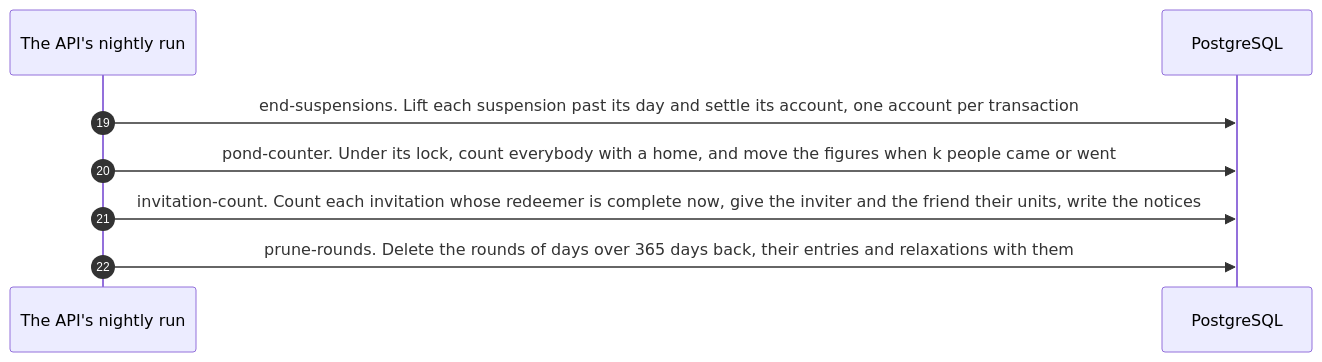
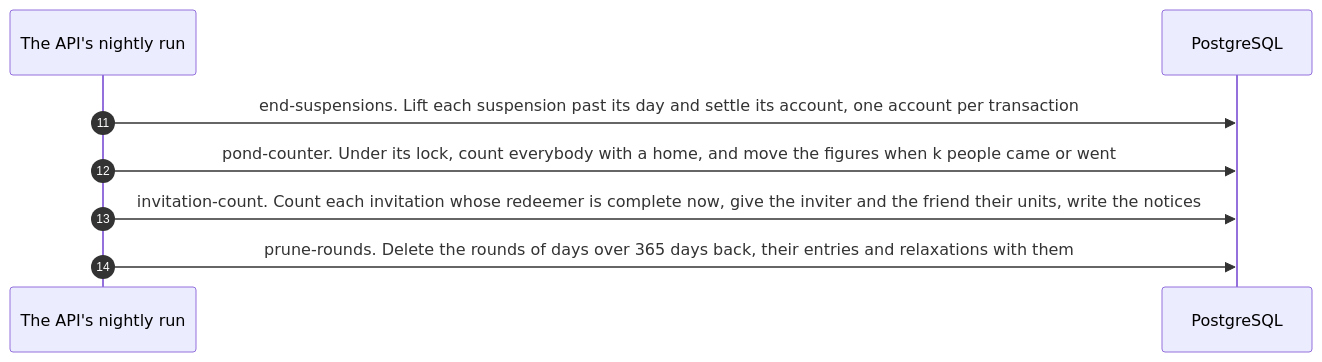
One commit to kuutti-ry/kumpa-app changed the third of 4 diagrams in docs/architecture/sequence-night.md. Above: the diagram before and after it, drawn with Mermaid. The commit also changed other lines of this file and 280 other files, not shown here.

````diff
--- a/docs/architecture/sequence-night.md
+++ b/docs/architecture/sequence-night.md
@@ -113,12 +89,12 @@
 ```mermaid
 sequenceDiagram
   accTitle: The night's jobs, part 3: the pond, and the rounds past their year
   accDescr: Suspensions past their day end first, so a person let back in is counted the same night. Then the counter's figures, the invitations whose redeemer is complete, and the rounds past the year they are kept, their entries and relaxations with them.
-  autonumber 19
+  autonumber 11
   participant api as The API's nightly run
   participant db as PostgreSQL
   api->>db: end-suspensions. Lift each suspension past its day and settle its account, one account per transaction
   api->>db: pond-counter. Under its lock, count everybody with a home, and move the figures when k people came or went
   api->>db: invitation-count. Count each invitation whose redeemer is complete now, give the inviter and the friend their units, write the notices
   api->>db: prune-rounds. Delete the rounds of days over 365 days back, their entries and relaxations with them
 ```
````
